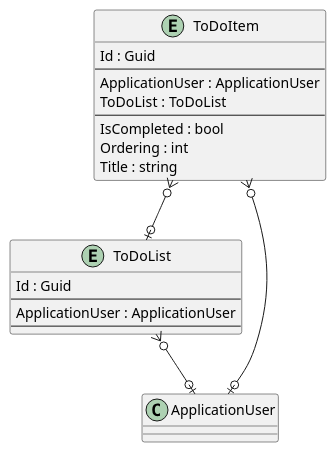
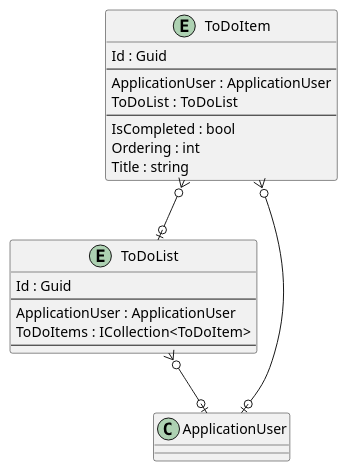
Before and after one commit to intrepion/intrepion_to-do_web_blazor: the diagram in .docs/Intrepion.ToDo.pu, drawn with PlantUML.

```diff
--- a/.docs/Intrepion.ToDo.pu
+++ b/.docs/Intrepion.ToDo.pu
@@ -1,32 +1,33 @@
 @startuml
 
 entity ToDoItem {
     Id : Guid
     --
     ApplicationUser : ApplicationUser
     ToDoList : ToDoList
     ' ToDoItemKeyCodePlaceholder
     --
     IsCompleted : bool
     Ordering : int
     Title : string
     ' ToDoItemPropertyCodePlaceholder
 }
 
 entity ToDoList {
     Id : Guid
     --
     ApplicationUser : ApplicationUser
+    ToDoItems : ICollection<ToDoItem>
     ' ToDoListKeyCodePlaceholder
     --
     ' ToDoListPropertyCodePlaceholder
 }
 
 ' EntityCodePlaceholder
 
 ToDoItem }o--o| ApplicationUser
 ToDoItem }o--o| ToDoList
 ToDoList }o--o| ApplicationUser
 ' RelationshipCodePlaceholder
 
 @enduml
```
